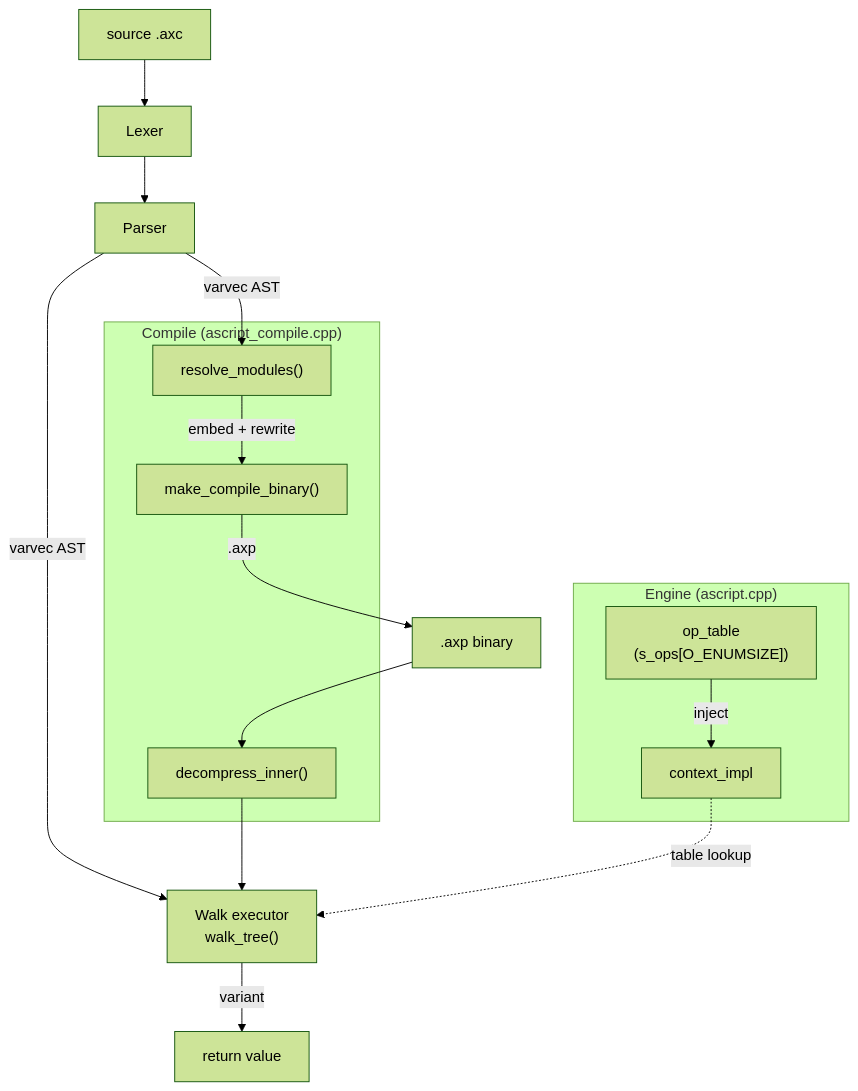
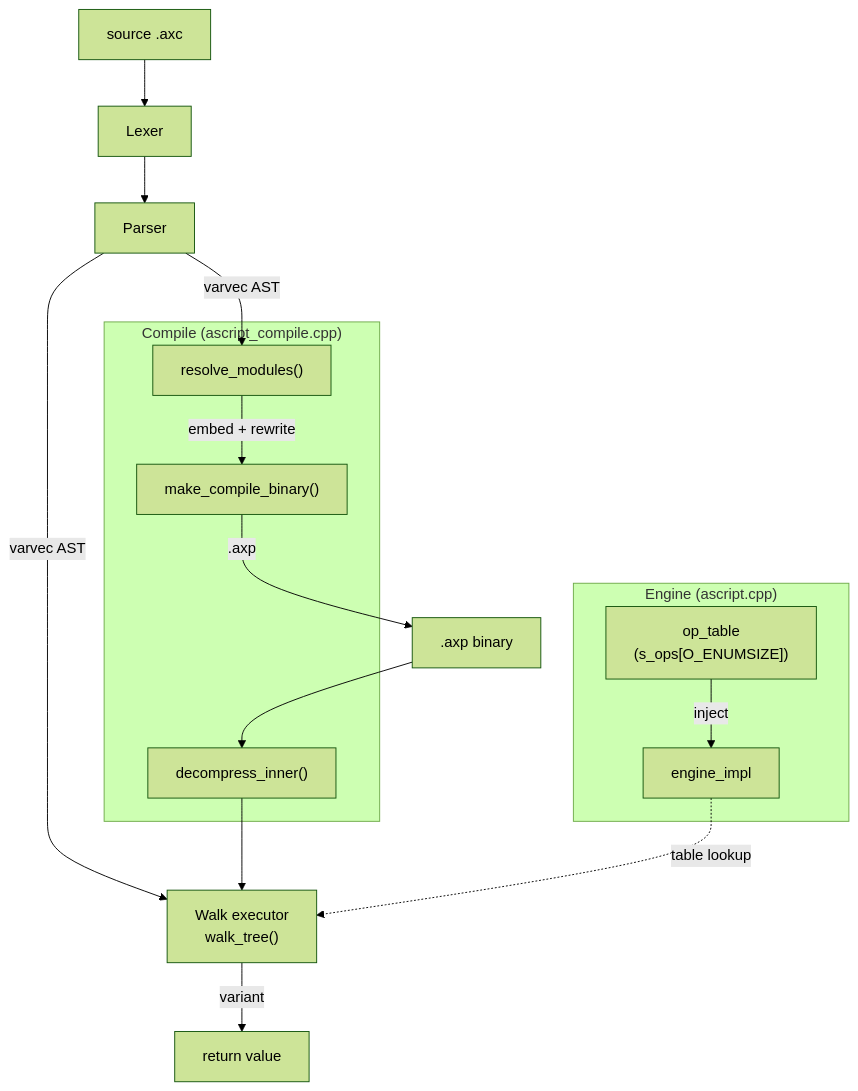
Before and after one commit to AlexisVon/AlxLib: the diagram in doc/scpt/design.md, drawn with Mermaid (forest theme). The commit also changed other lines of this file and 14 other files, not shown here.

````diff
--- a/doc/scpt/design.md
+++ b/doc/scpt/design.md
@@ -18,25 +18,25 @@
 ```mermaid
 flowchart TB
     subgraph Engine["Engine (ascript.cpp)"]
-        CTX["context_impl"]
+        CTX["engine_impl"]
         BT["op_table<br/>(s_ops[O_ENUMSIZE])"]
     end
 
     subgraph Compile["Compile (ascript_compile.cpp)"]
         RESOLVE["resolve_modules()"]
         BINARY["make_compile_binary()"]
         DECOMP["decompress_inner()"]
     end
 
     SRC["source .axc"] --> LEX["Lexer"]
     LEX --> PARSE["Parser"]
     PARSE -- "varvec AST" --> RESOLVE
     RESOLVE -- "embed + rewrite" --> BINARY
     BINARY -- ".axp" --> BIN[".axp binary"]
 
     PARSE -- "varvec AST" --> WALK["Walk executor<br/>walk_tree()"]
     BIN --> DECOMP --> WALK
     BT -- "inject" --> CTX
     CTX -.->|"table lookup"| WALK
     WALK -->|"variant"| RESULT["return value"]
 ```
````
